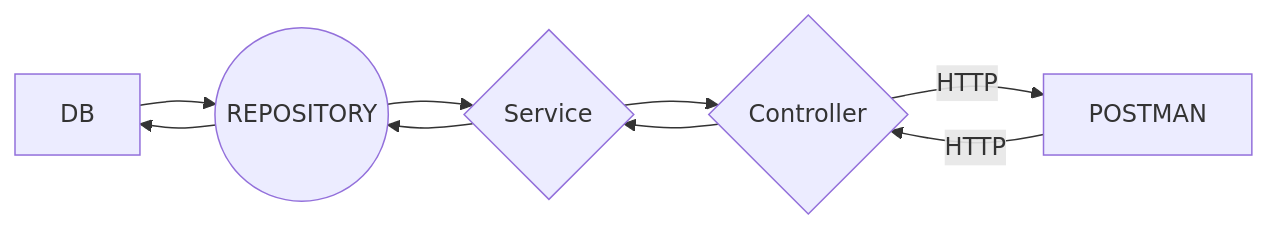
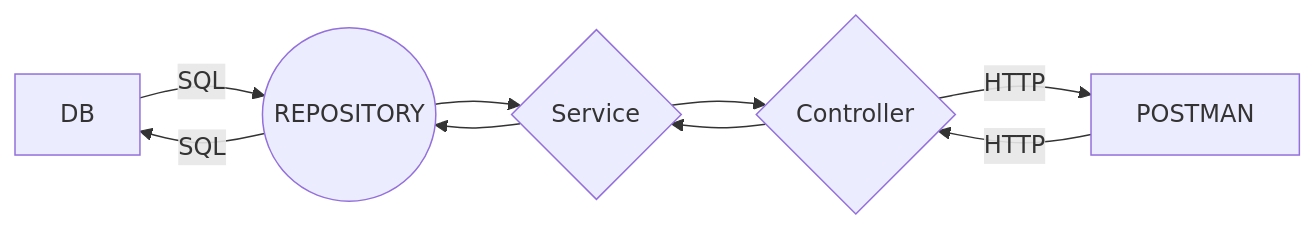
Before and after one commit to vKutik/intask: the diagram in README.md, drawn with Mermaid.

````diff
--- a/README.md
+++ b/README.md
@@ -34,11 +34,11 @@
 ```mermaid
 graph LR
-A[DB] --> B((REPOSITORY))
+A[DB] -- SQL --> B((REPOSITORY))
 B --> D{Service}
 D --> C{Controller}
 C -- HTTP --> F[POSTMAN]
 F -- HTTP --> C
 C --> D
 D --> B
-B --> A
+B -- SQL -->  A
 ```
````
